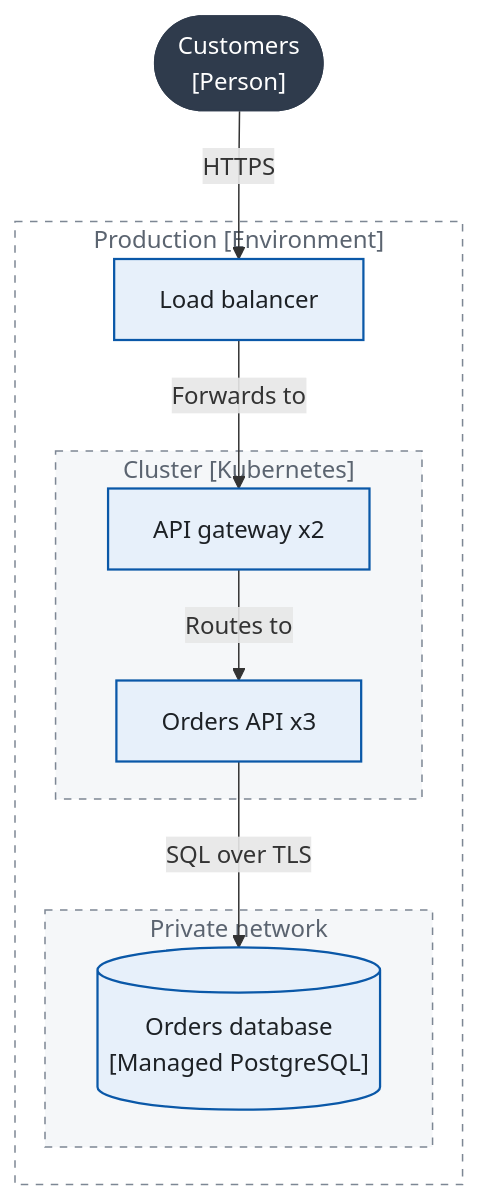
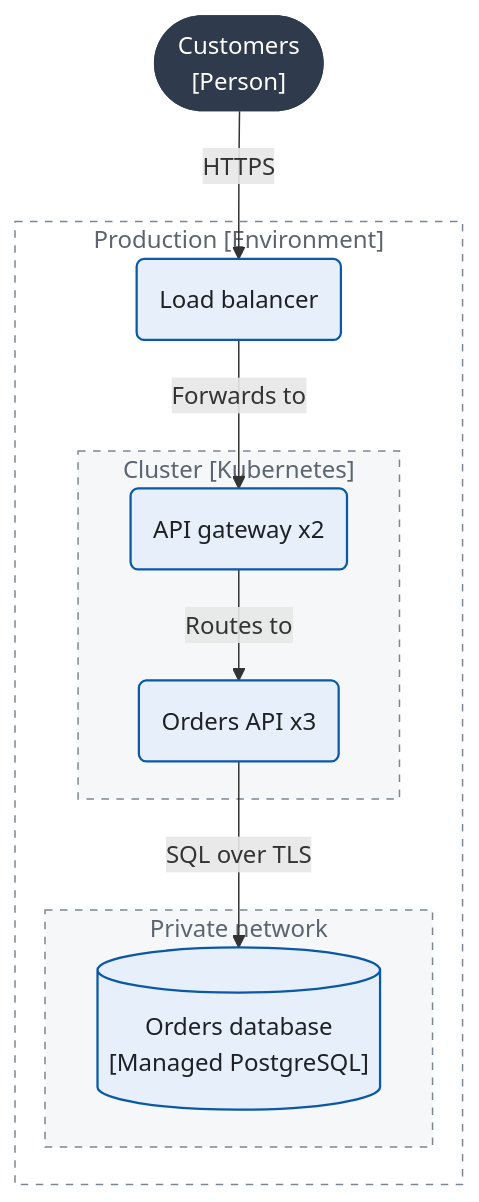
The fourth of 4 diagrams in content/packs/design/skills/architecture-diagram-designer/references/c4-templates.md (julimonte03/exo-harness), drawn with Mermaid before and after one commit. The commit also changed other lines of this file and 13 other files, not shown here.

````diff
--- a/content/packs/design/skills/architecture-diagram-designer/references/c4-templates.md
+++ b/content/packs/design/skills/architecture-diagram-designer/references/c4-templates.md
@@ -123,35 +123,35 @@
 ```mermaid
 %% exo-style: neutral
 flowchart TB
     accTitle: Production runs the order platform in one cluster behind a load balancer
     accDescr: Traffic enters through a load balancer into a Kubernetes cluster that runs the gateway and the APIs; the orders database is a managed service in a private network.
 
     users(["Customers<br/>[Person]"])
     subgraph prod["Production [Environment]"]
         %% [Code] infra/network.tf:14
-        lb["Load balancer"]
+        lb("Load balancer")
         subgraph cluster["Cluster [Kubernetes]"]
             %% [Code] deploy/k8s/gateway.yaml:1
-            gw["API gateway x2"]
+            gw("API gateway x2")
             %% [Code] deploy/k8s/orders.yaml:1
-            ord["Orders API x3"]
+            ord("Orders API x3")
         end
         subgraph private["Private network"]
             %% [Code] infra/database.tf:3
             pg[("Orders database<br/>[Managed PostgreSQL]")]
         end
     end
 
     users -->|"HTTPS"| lb
     lb -->|"Forwards to"| gw
     gw -->|"Routes to"| ord
     ord -->|"SQL over TLS"| pg
 
     classDef inner fill:#e7f0fa,stroke:#0a58a8,color:#1d2125,stroke-width:1.5px
     classDef person fill:#2f3b4c,stroke:#2f3b4c,color:#ffffff
     class lb,gw,ord,pg inner
     class users person
     style prod fill:#ffffff,stroke:#7d8794,stroke-dasharray:5 5,color:#5b6470
     style cluster fill:#f5f7f9,stroke:#7d8794,stroke-dasharray:5 5,color:#5b6470
     style private fill:#f5f7f9,stroke:#7d8794,stroke-dasharray:5 5,color:#5b6470
 ```
````
